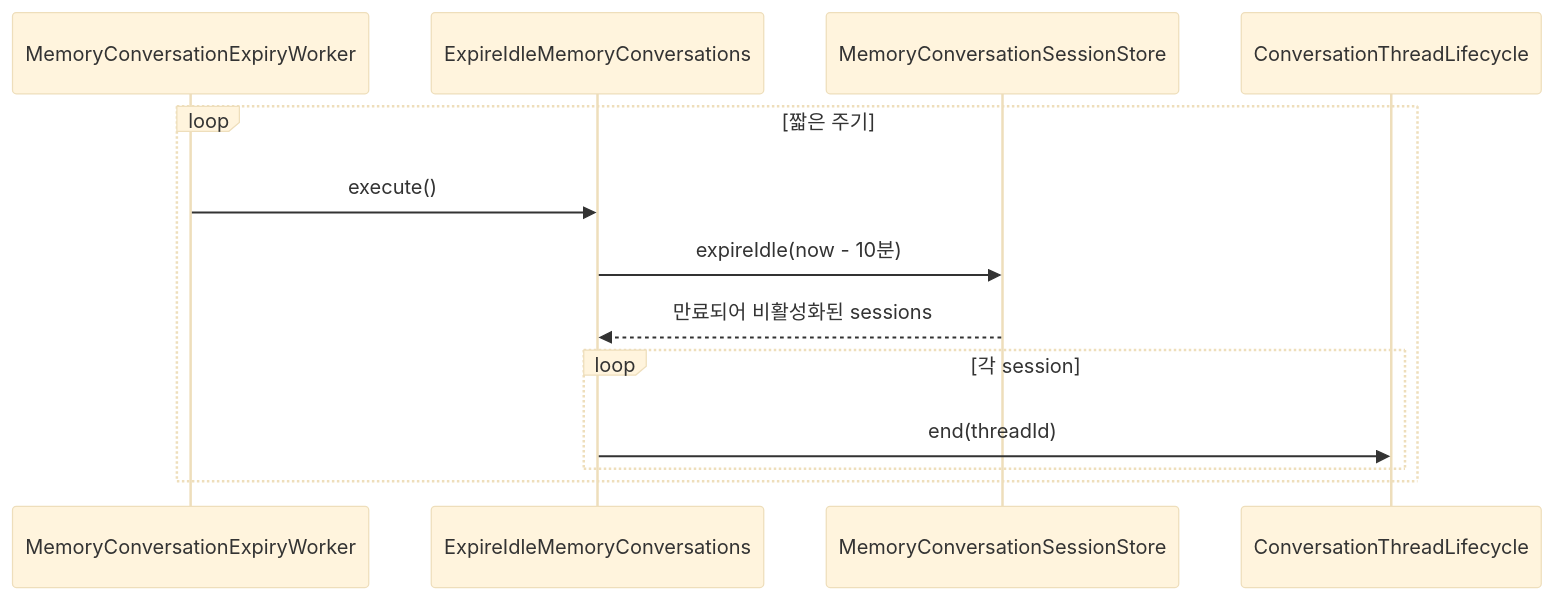
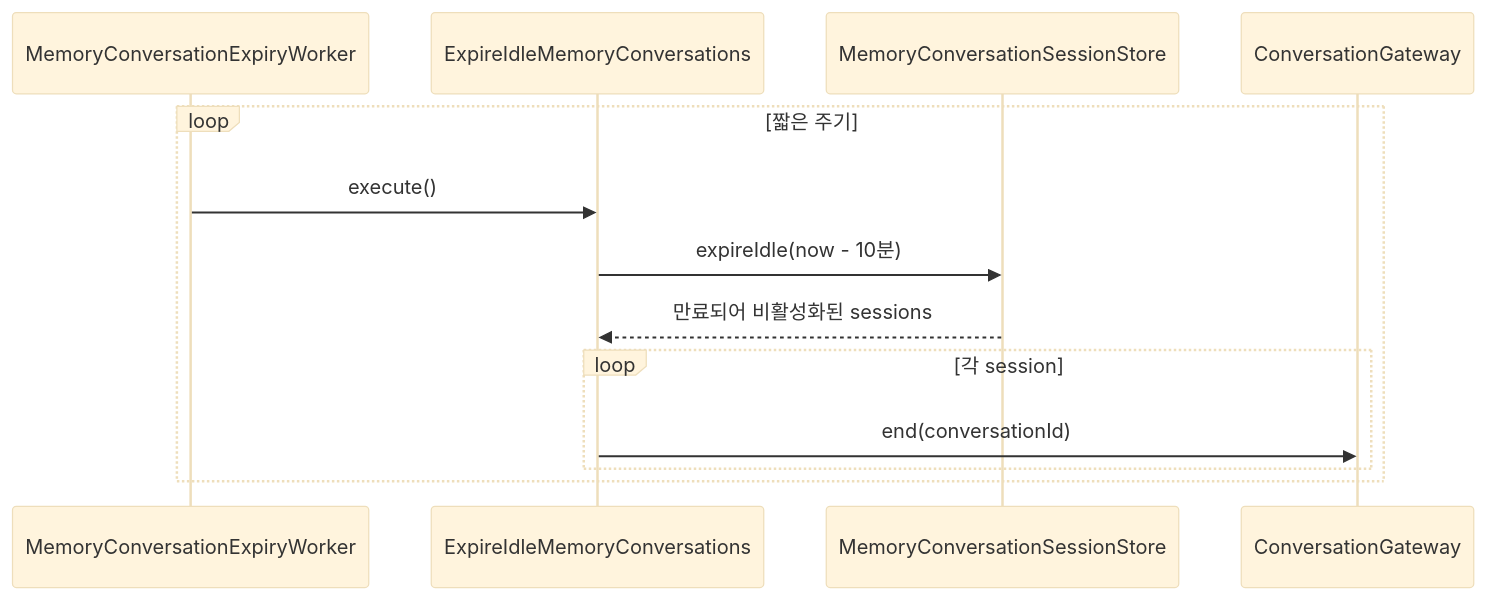
One commit to magenta1223/home_assistant changed the second of 3 diagrams in application/src/main/kotlin/com/homeassistant/application/usecase/memory/conversation/README.md. Above: the diagram before and after it, drawn with Mermaid (base theme). The commit also changed other lines of this file and 31 other files, not shown here.

````diff
--- a/application/src/main/kotlin/com/homeassistant/application/usecase/memory/conversation/README.md
+++ b/application/src/main/kotlin/com/homeassistant/application/usecase/memory/conversation/README.md
@@ -56,16 +55,16 @@
 ```mermaid
 sequenceDiagram
     participant Worker as MemoryConversationExpiryWorker
     participant Expiry as ExpireIdleMemoryConversations
     participant Sessions as MemoryConversationSessionStore
-    participant Lifecycle as ConversationThreadLifecycle
+    participant Gateway as ConversationGateway
 
     loop 짧은 주기
         Worker->>Expiry: execute()
         Expiry->>Sessions: expireIdle(now - 10분)
         Sessions-->>Expiry: 만료되어 비활성화된 sessions
         loop 각 session
-            Expiry->>Lifecycle: end(threadId)
+            Expiry->>Gateway: end(conversationId)
         end
     end
 ```
````
